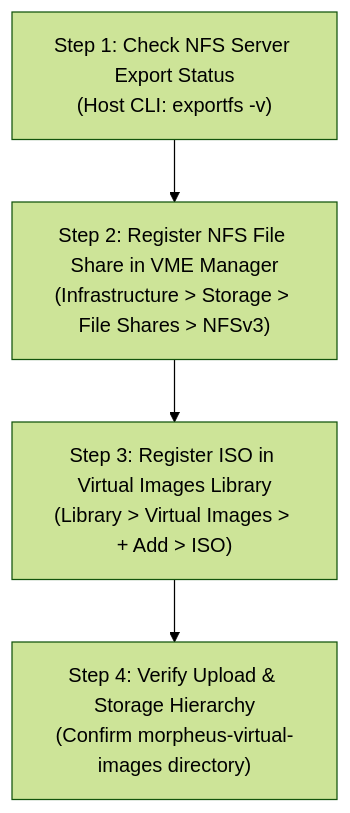
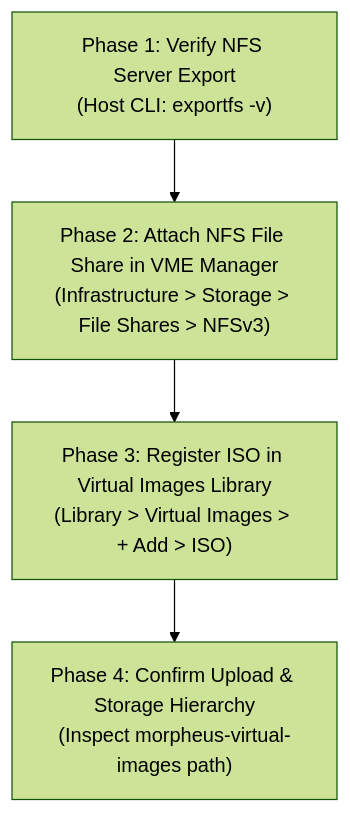
The diagram in content/posts/simplivity-vme-iso-image-upload-guide/index.en.md (CheolKyunYU/cknotes), drawn with Mermaid (forest theme) before and after one commit. The commit also changed other lines of this file and 40 other files, not shown here.

````diff
--- a/content/posts/simplivity-vme-iso-image-upload-guide/index.en.md
+++ b/content/posts/simplivity-vme-iso-image-upload-guide/index.en.md
@@ -32,7 +29,7 @@
 ```mermaid
 flowchart TD
-    Step1["Step 1: Check NFS Server Export Status<br/>(Host CLI: exportfs -v)"] --> Step2
-    Step2["Step 2: Register NFS File Share in VME Manager<br/>(Infrastructure > Storage > File Shares > NFSv3)"] --> Step3
-    Step3["Step 3: Register ISO in Virtual Images Library<br/>(Library > Virtual Images > + Add > ISO)"] --> Step4
-    Step4["Step 4: Verify Upload & Storage Hierarchy<br/>(Confirm morpheus-virtual-images directory)"]
+    Step1["Phase 1: Verify NFS Server Export<br/>(Host CLI: exportfs -v)"] --> Step2
+    Step2["Phase 2: Attach NFS File Share in VME Manager<br/>(Infrastructure > Storage > File Shares > NFSv3)"] --> Step3
+    Step3["Phase 3: Register ISO in Virtual Images Library<br/>(Library > Virtual Images > + Add > ISO)"] --> Step4
+    Step4["Phase 4: Confirm Upload & Storage Hierarchy<br/>(Inspect morpheus-virtual-images path)"]
 ```
````
